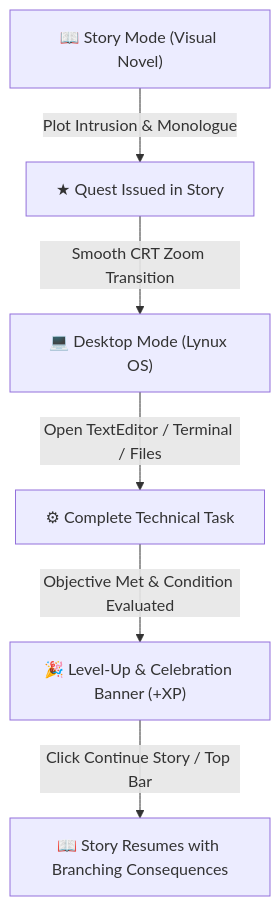
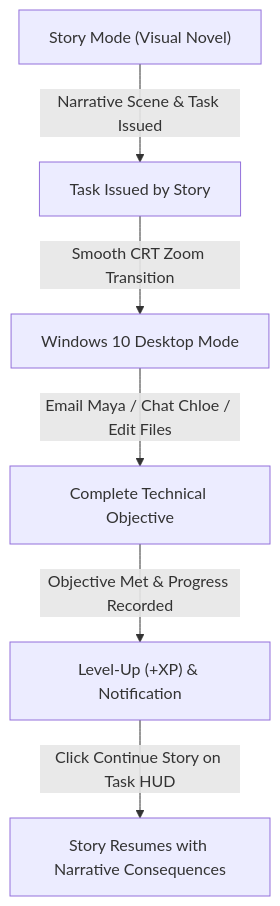
The diagram in README.md (2dprototype/lynux-caracal), drawn with Mermaid before and after one commit. The commit also changed other lines of this file and 1 other file, not shown here.

````diff
--- a/README.md
+++ b/README.md
@@ -18,8 +18,8 @@
 ```mermaid
 graph TD
-    A["📖 Story Mode (Visual Novel)"] -->|"Plot Intrusion & Monologue"| B["★ Quest Issued in Story"]
-    B -->|"Smooth CRT Zoom Transition"| C["💻 Desktop Mode (Lynux OS)"]
-    C -->|"Open TextEditor / Terminal / Files"| D["⚙ Complete Technical Task"]
-    D -->|"Objective Met & Condition Evaluated"| E["🎉 Level-Up & Celebration Banner (+XP)"]
-    E -->|"Click Continue Story / Top Bar"| F["📖 Story Resumes with Branching Consequences"]
+    A["Story Mode (Visual Novel)"] -->|"Narrative Scene & Task Issued"| B["Task Issued by Story"]
+    B -->|"Smooth CRT Zoom Transition"| C["Windows 10 Desktop Mode"]
+    C -->|"Email Maya / Chat Chloe / Edit Files"| D["Complete Technical Objective"]
+    D -->|"Objective Met & Progress Recorded"| E["Level-Up (+XP) & Notification"]
+    E -->|"Click Continue Story on Task HUD"| F["Story Resumes with Narrative Consequences"]
 ```
````
